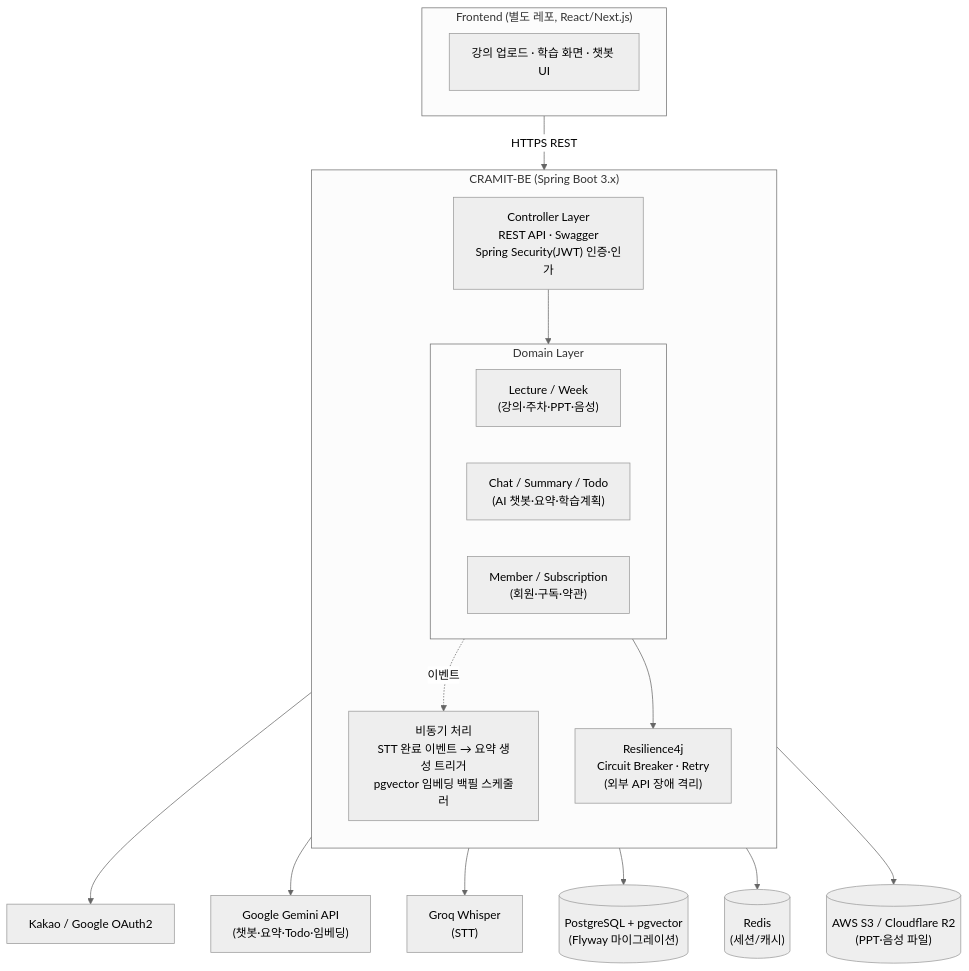
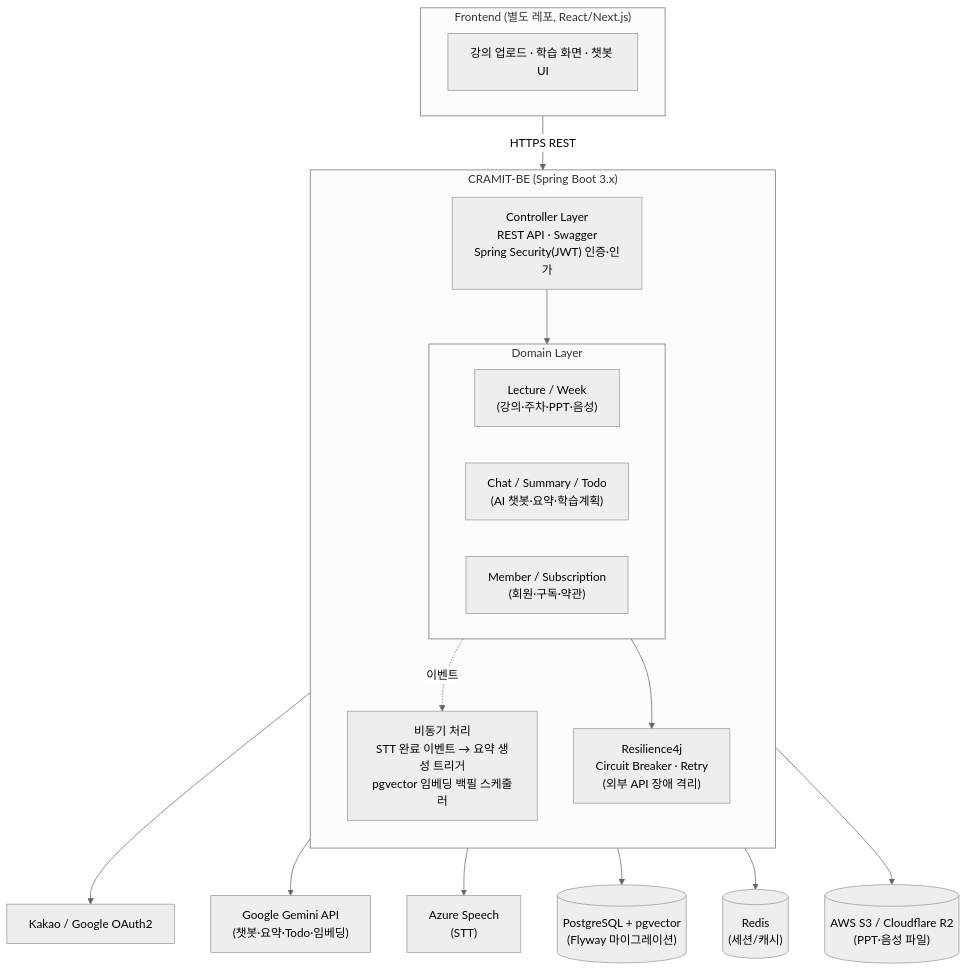
Before and after one commit to cramit-service/CRAMIT-BE: the first of 2 diagrams in README.md, drawn with Mermaid (neutral theme). The commit also changed other lines of this file, not shown here.

````diff
--- a/README.md
+++ b/README.md
@@ -80,36 +81,36 @@
 ```mermaid
 flowchart TB
     subgraph FE["Frontend (별도 레포, React/Next.js)"]
         UI["강의 업로드 · 학습 화면 · 챗봇 UI"]
     end
 
     FE -->|HTTPS REST| API
 
     subgraph BE["CRAMIT-BE (Spring Boot 3.x)"]
         direction TB
         API["Controller Layer<br/>REST API · Swagger<br/>Spring Security(JWT) 인증·인가"]
 
         subgraph DOMAIN["Domain Layer"]
             direction LR
             D1["Lecture / Week<br/>(강의·주차·PPT·음성)"]
             D2["Chat / Summary / Todo<br/>(AI 챗봇·요약·학습계획)"]
             D3["Member / Subscription<br/>(회원·구독·약관)"]
         end
 
         API --> DOMAIN
 
         ASYNC["비동기 처리<br/>STT 완료 이벤트 → 요약 생성 트리거<br/>pgvector 임베딩 백필 스케줄러"]
         DOMAIN -.이벤트.-> ASYNC
 
         RESILIENCE["Resilience4j<br/>Circuit Breaker · Retry<br/>(외부 API 장애 격리)"]
         DOMAIN --> RESILIENCE
     end
 
     RESILIENCE --> KAKAO["Kakao / Google OAuth2"]
     RESILIENCE --> GEMINI["Google Gemini API<br/>(챗봇·요약·Todo·임베딩)"]
-    RESILIENCE --> GROQ["Groq Whisper<br/>(STT)"]
+    RESILIENCE --> AZURE_STT["Azure Speech<br/>(STT)"]
 
     DOMAIN --> DB[("PostgreSQL + pgvector<br/>(Flyway 마이그레이션)")]
     DOMAIN --> REDIS[("Redis<br/>(세션/캐시)")]
     DOMAIN --> S3[("AWS S3 / Cloudflare R2<br/>(PPT·음성 파일)")]
 ```
````
